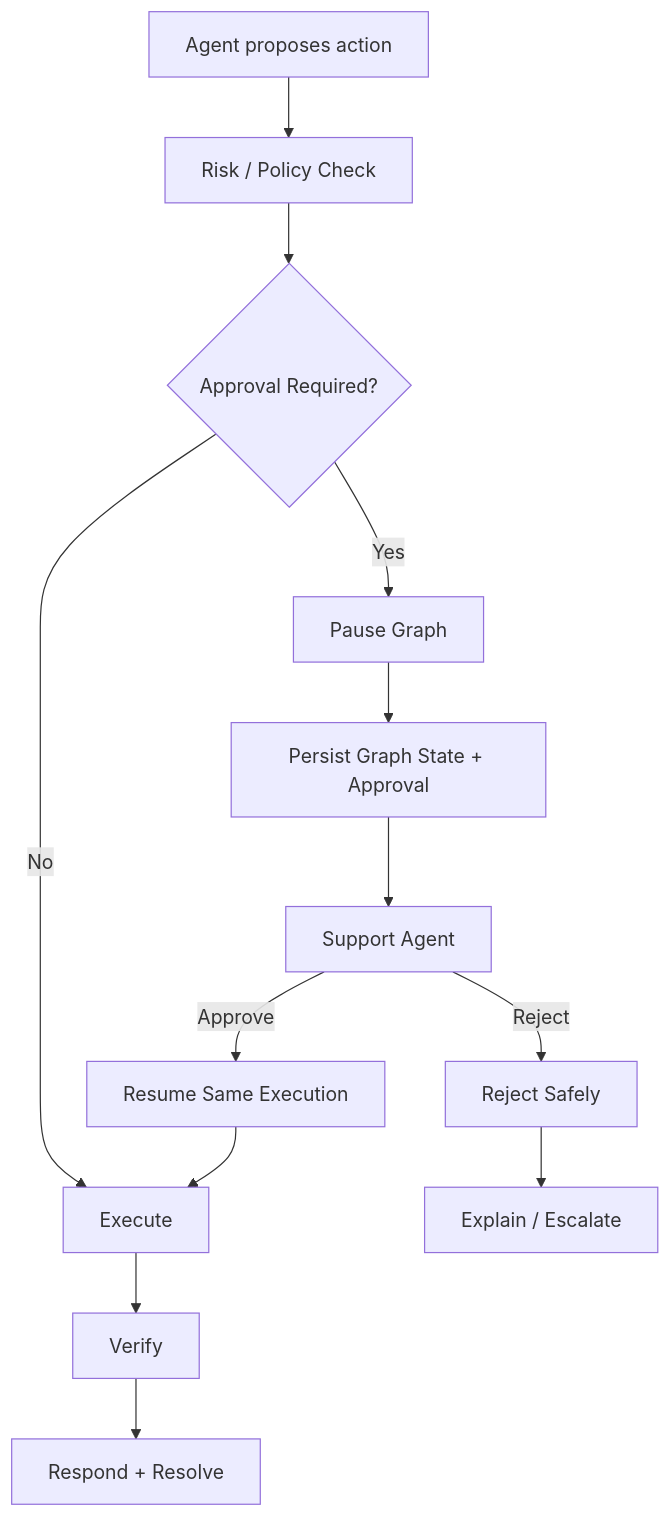
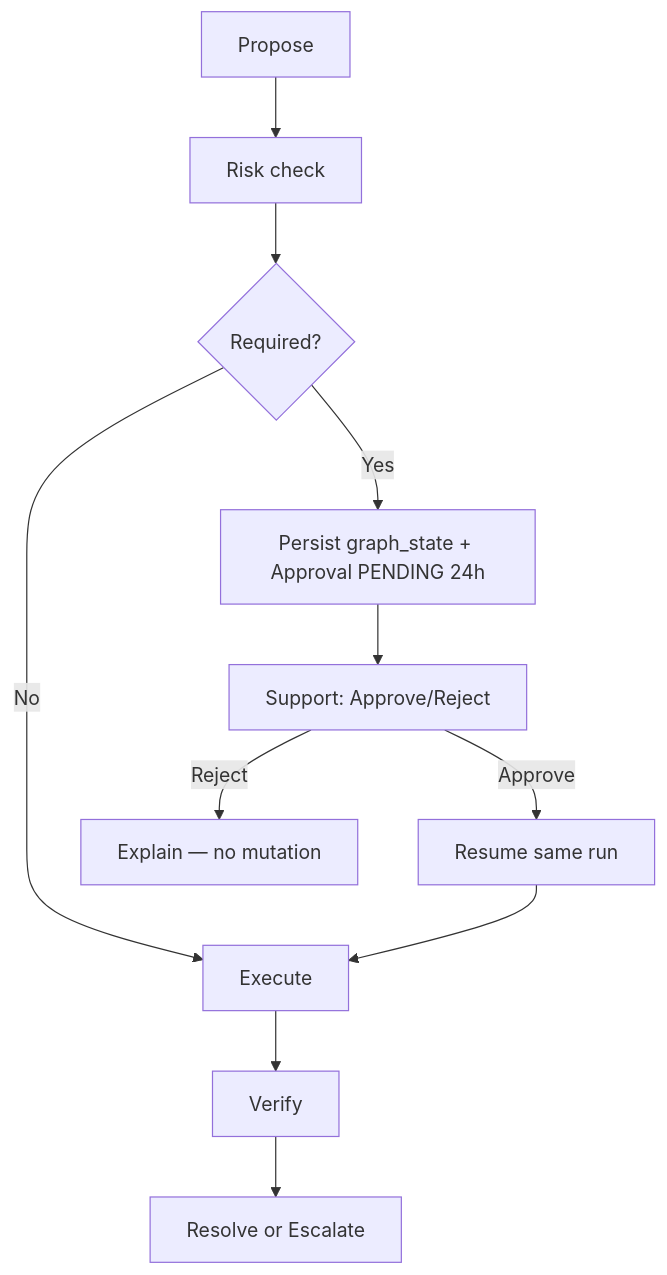
One commit to bkk07/northstar-worker changed the third of 3 diagrams in README.md. Above: the diagram before and after it, drawn with Mermaid. The commit also changed other lines of this file and 14 other files, not shown here.

````diff
--- a/README.md
+++ b/README.md
@@ -334,20 +87,10 @@
 ```mermaid
 flowchart TD
-    A[Agent proposes action] --> R[Risk / Policy Check]
-    R --> H{Approval Required?}
-
+    A[Propose] --> R[Risk check] --> H{Required?}
     H -->|No| E[Execute]
-    H -->|Yes| P[Pause Graph]
-
-    P --> DB[Persist Graph State + Approval]
-    DB --> S[Support Agent]
-
-    S -->|Approve| RES[Resume Same Execution]
-    S -->|Reject| REJ[Reject Safely]
-
-    RES --> E
-    E --> V[Verify]
-    V --> DONE[Respond + Resolve]
-
-    REJ --> MSG[Explain / Escalate]
+    H -->|Yes| P[Persist graph_state + Approval PENDING 24h]
+    P --> S[Support: Approve/Reject]
+    S -->|Approve| RS[Resume same run] --> E
+    S -->|Reject| RJ[Explain — no mutation]
+    E --> V[Verify] --> D[Resolve or Escalate]
 ```
````
